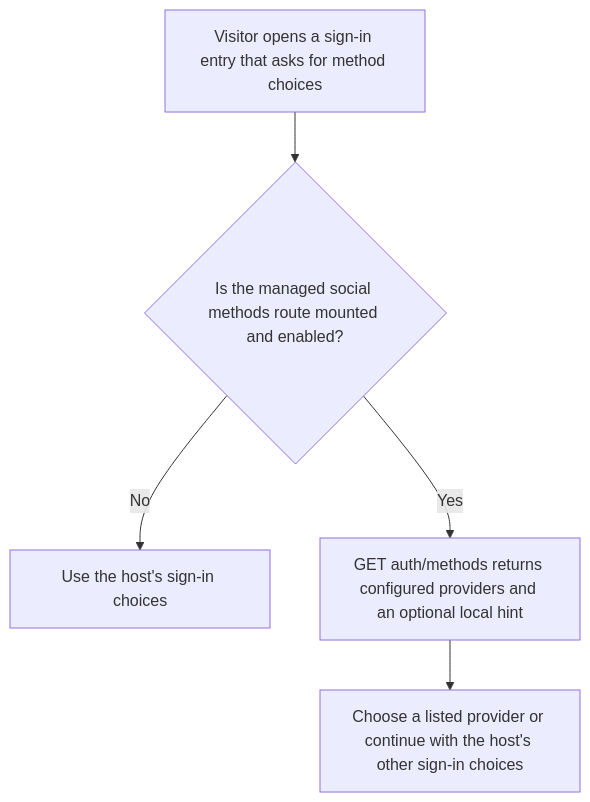
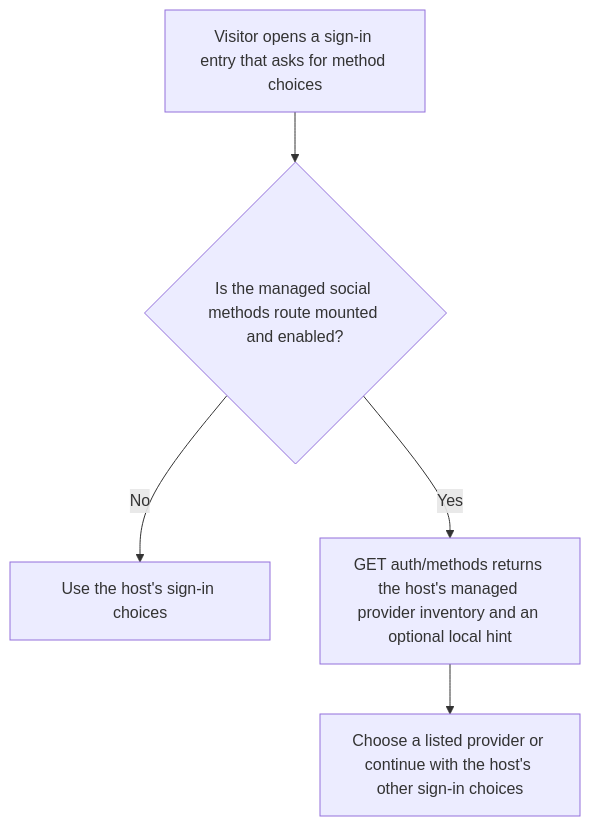
The first of 2 diagrams in user-stories/US-ACCOUNT-59-discover-authentication-methods.md (Kevinjohn/oss-adonisjs-account-kit), drawn with Mermaid before and after one commit. The commit also changed other lines of this file and 3 other files, not shown here.

Commit message:
Correct source-backed user story flow details

````diff
--- a/user-stories/US-ACCOUNT-59-discover-authentication-methods.md
+++ b/user-stories/US-ACCOUNT-59-discover-authentication-methods.md
@@ -20,7 +20,7 @@
 ```mermaid
 flowchart TD
     A["Visitor opens a sign-in entry that asks for method choices"] --> B{"Is the managed social methods route mounted and enabled?"}
     B -->|No| C["Use the host's sign-in choices"]
-    B -->|Yes| D["GET auth/methods returns configured providers and an optional local hint"]
+    B -->|Yes| D["GET auth/methods returns the host's managed provider inventory and an optional local hint"]
     D --> E["Choose a listed provider or continue with the host's other sign-in choices"]
 ```
````
